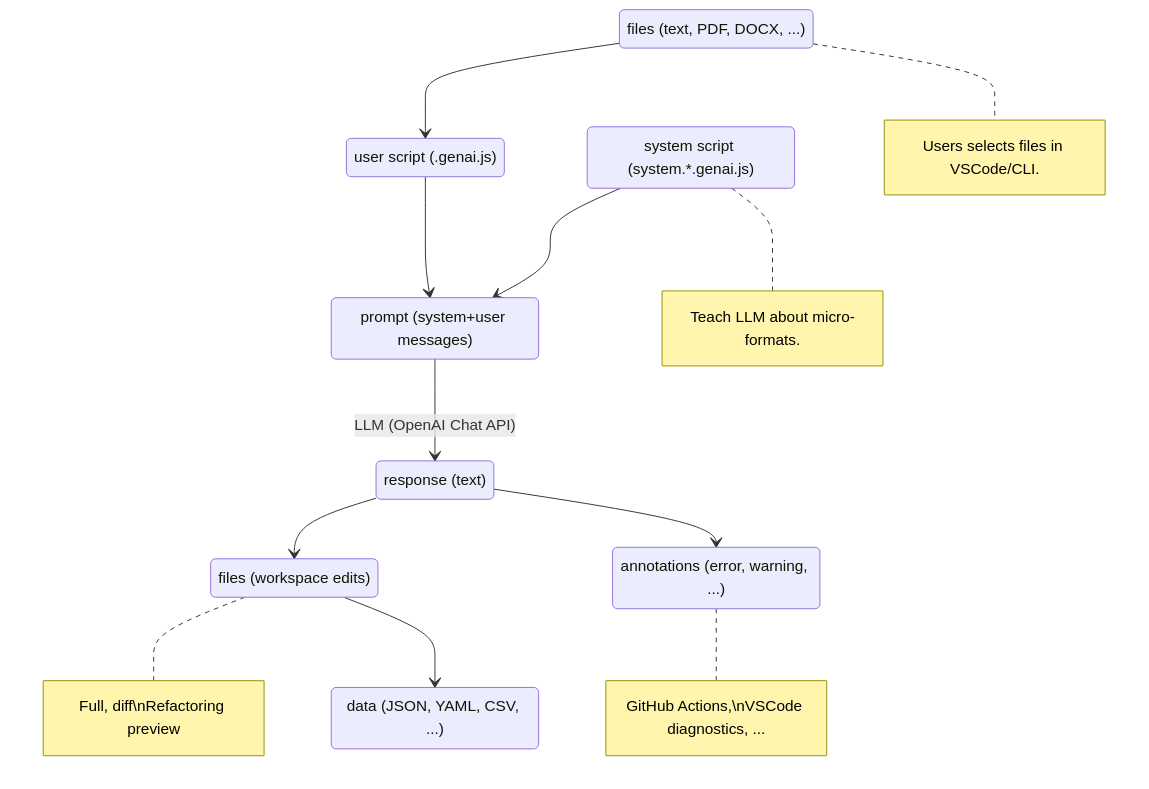
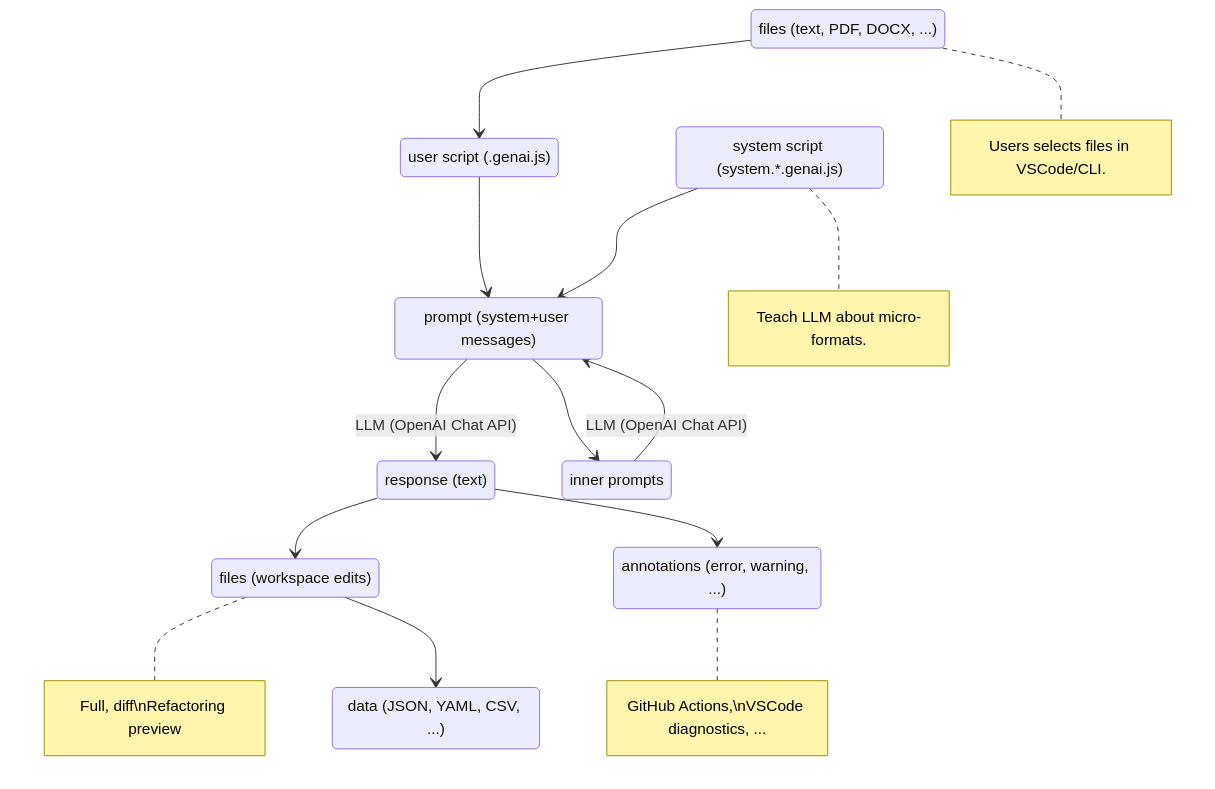
The diagram in slides/pages/script-pipeline.md (microsoft/genaiscript), drawn with Mermaid before and after one commit.

````diff
--- a/slides/pages/script-pipeline.md
+++ b/slides/pages/script-pipeline.md
@@ -1,22 +1,25 @@
 ```mermaid { scale: 0.75 }
 stateDiagram
     context: files (text, PDF, DOCX, ...)
     script : user script (.genai.js)
     prompt : prompt (system+user messages)
     system: system script (system.*.genai.js)
     context --> script
     note right of context : Users selects files in VSCode/CLI.
     script --> prompt
     system --> prompt
     note right of system: Teach LLM about micro-formats.
     prompt --> response : LLM (OpenAI Chat API)
+    prompt --> run_prompt
+    run_prompt --> prompt : LLM (OpenAI Chat API)
+    run_prompt: inner prompts
     response: response (text)
     files: files (workspace edits)
     data: data (JSON, YAML, CSV, ...)
     annotations: annotations (error, warning, ...)
     note right of files: Full, diff\nRefactoring preview
     note right of annotations: GitHub Actions,\nVSCode diagnostics, ...
     response --> files
     files --> data
     response --> annotations
 ```
````
